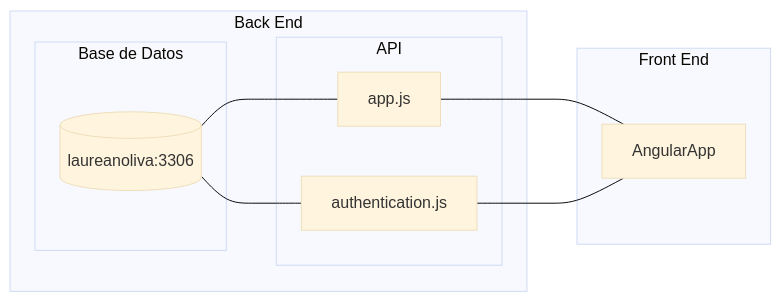
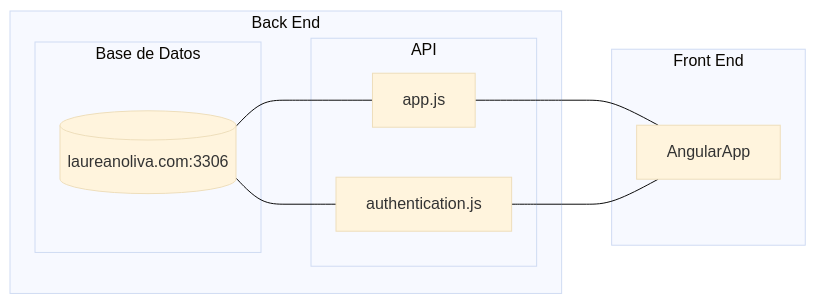
Before and after one commit to laucha54321/tp-mysql-be: the diagram in README.md, drawn with Mermaid (base theme).

````diff
--- a/README.md
+++ b/README.md
@@ -21,18 +21,18 @@
 ```mermaid
 flowchart LR;
     subgraph Back End
     subgraph Base de Datos
-        id1[(laureanoliva:3306)]
+        id1[(laureanoliva.com:3306)]
     end
     subgraph API
         app.js
         authentication.js;
     end
-        id1[(laureanoliva:3306)] --- app.js;
-        id1[(laureanoliva:3306)] --- authentication.js;
+        id1[(laureanoliva.com:3306)] --- app.js;
+        id1[(laureanoliva.com:3306)] --- authentication.js;
     end
     subgraph Front End
         app.js --- AngularApp
         authentication.js --- AngularApp;
     end
 ```
````
